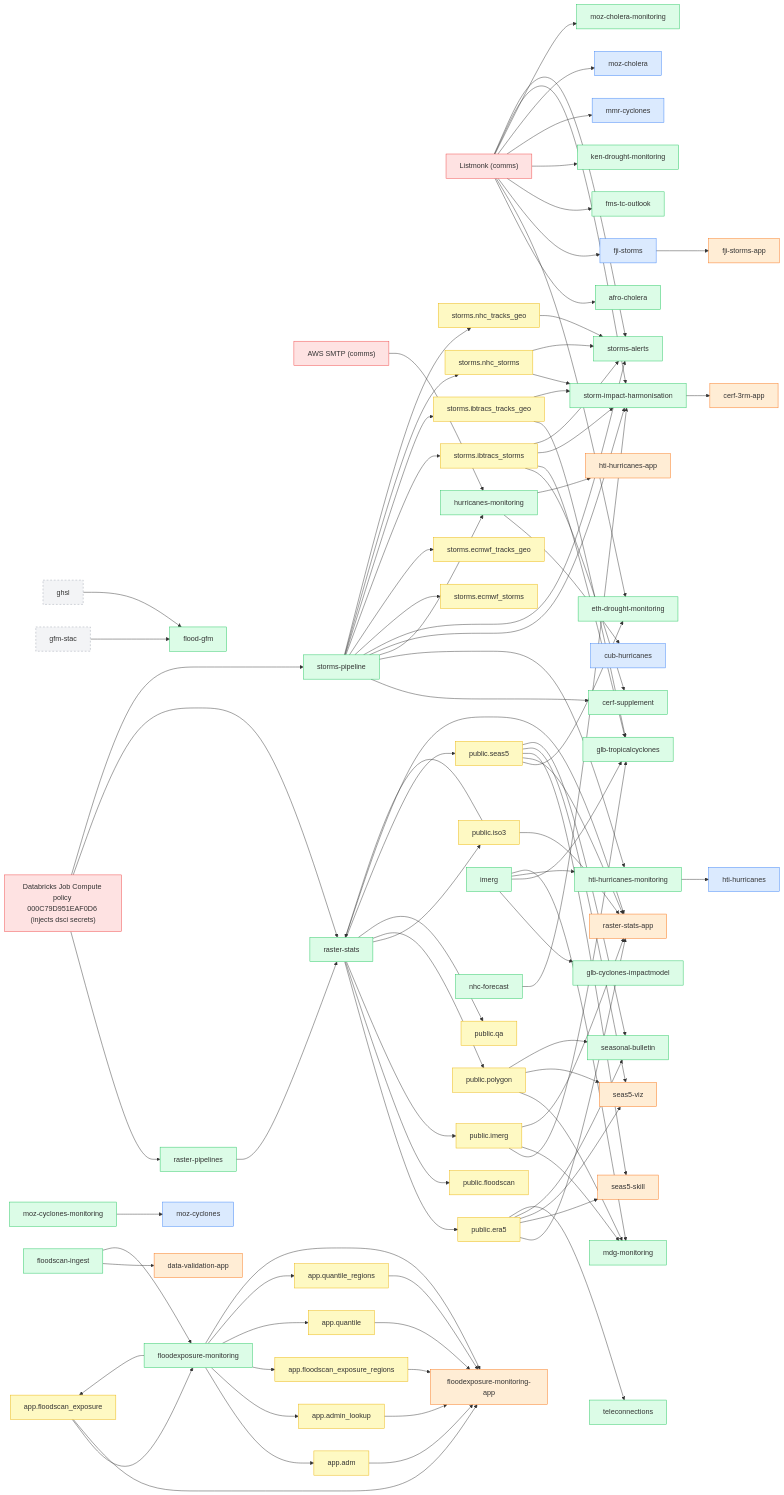
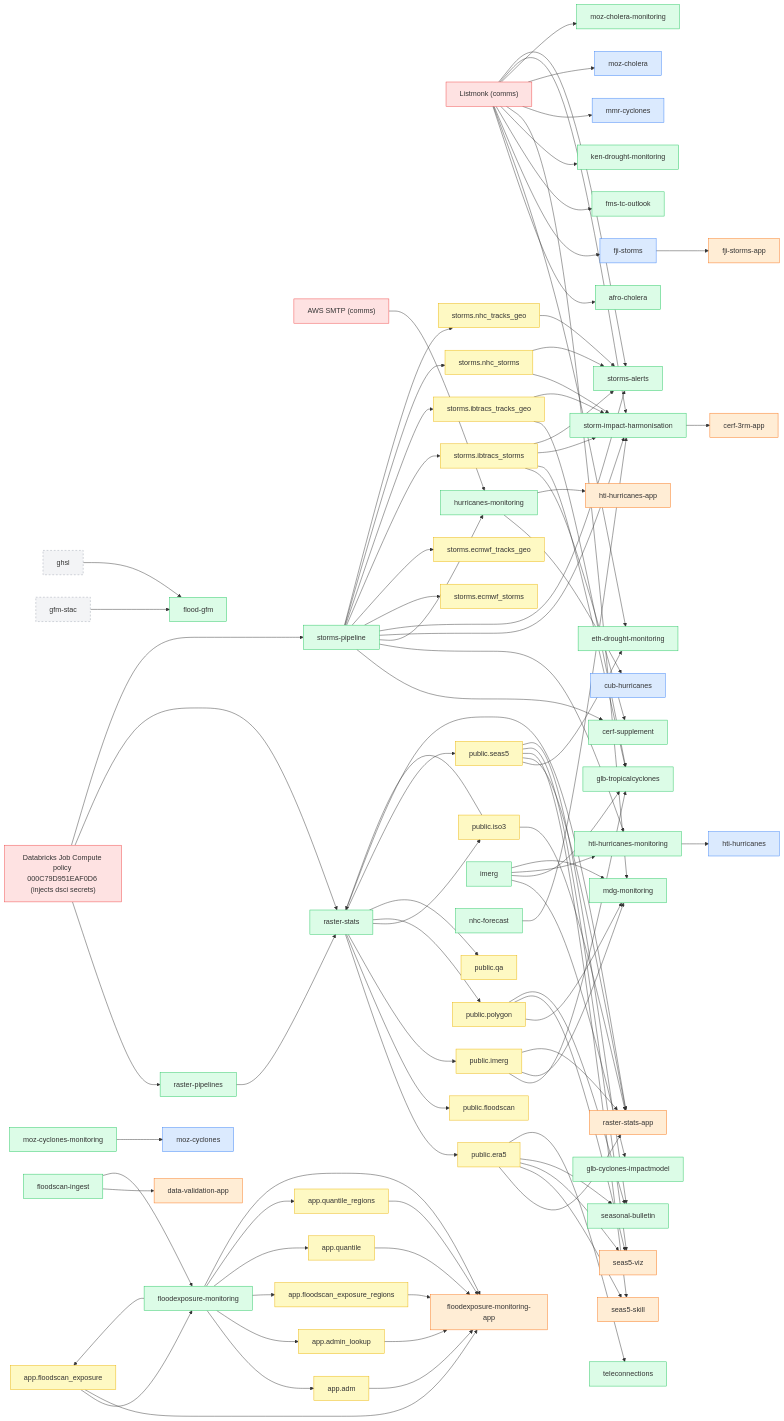
The diagram in infrastructure/dependency-graph.md (OCHA-DAP/ds-knowledge-base), drawn with Mermaid before and after one commit. The commit also changed other lines of this file and 5 other files, not shown here.

````diff
--- a/infrastructure/dependency-graph.md
+++ b/infrastructure/dependency-graph.md
@@ -150,6 +150,7 @@
   n_storms_pipeline --> n_hurricanes_monitoring
   n_listmonk --> n_ken_drought_monitoring
   n_imerg --> n_mdg_monitoring
+  n_listmonk --> n_mdg_monitoring
   n_public_imerg --> n_mdg_monitoring
   n_public_polygon --> n_mdg_monitoring
   n_listmonk --> n_mmr_cyclones
@@ -206,10 +207,10 @@
   classDef analysis fill:#ede9fe,stroke:#8b5cf6;
   classDef table fill:#fef9c3,stroke:#eab308;
   classDef external fill:#f3f4f6,stroke:#9ca3af,stroke-dasharray:4;
-  class n_cub_hurricanes,n_fji_storms,n_mmr_cyclones,n_hti_hurricanes,n_moz_cyclones,n_moz_cholera framework;
-  class n_floodscan_ingest,n_flood_gfm,n_hurricanes_monitoring,n_nhc_forecast,n_storm_impact_harmonisation,n_ken_drought_monitoring,n_floodexposure_monitoring,n_glb_tropicalcyclones,n_moz_cyclones_monitoring,n_teleconnections,n_raster_pipelines,n_hti_hurricanes_monitoring,n_fms_tc_outlook,n_mdg_monitoring,n_storms_alerts,n_imerg,n_cerf_supplement,n_afro_cholera,n_glb_cyclones_impactmodel,n_moz_cholera_monitoring,n_storms_pipeline,n_eth_drought_monitoring,n_seasonal_bulletin,n_raster_stats pipeline;
-  class n_fji_storms_app,n_seas5_viz,n_data_validation_app,n_cerf_3rm_app,n_seas5_skill,n_floodexposure_monitoring_app,n_raster_stats_app,n_hti_hurricanes_app app;
-  class n_public_qa,n_storms_ecmwf_tracks_geo,n_storms_ibtracs_storms,n_public_floodscan,n_public_iso3,n_storms_nhc_storms,n_app_quantile,n_storms_ibtracs_tracks_geo,n_public_era5,n_app_adm,n_app_admin_lookup,n_storms_nhc_tracks_geo,n_app_quantile_regions,n_app_floodscan_exposure,n_public_imerg,n_public_polygon,n_app_floodscan_exposure_regions,n_public_seas5,n_storms_ecmwf_storms table;
+  class n_moz_cyclones,n_moz_cholera,n_mmr_cyclones,n_fji_storms,n_cub_hurricanes,n_hti_hurricanes framework;
+  class n_hurricanes_monitoring,n_moz_cholera_monitoring,n_imerg,n_cerf_supplement,n_eth_drought_monitoring,n_hti_hurricanes_monitoring,n_fms_tc_outlook,n_mdg_monitoring,n_ken_drought_monitoring,n_moz_cyclones_monitoring,n_raster_stats,n_glb_cyclones_impactmodel,n_storm_impact_harmonisation,n_raster_pipelines,n_glb_tropicalcyclones,n_flood_gfm,n_storms_alerts,n_floodexposure_monitoring,n_seasonal_bulletin,n_nhc_forecast,n_teleconnections,n_afro_cholera,n_floodscan_ingest,n_storms_pipeline pipeline;
+  class n_seas5_skill,n_cerf_3rm_app,n_floodexposure_monitoring_app,n_raster_stats_app,n_fji_storms_app,n_seas5_viz,n_hti_hurricanes_app,n_data_validation_app app;
+  class n_app_floodscan_exposure,n_public_floodscan,n_storms_ecmwf_storms,n_app_floodscan_exposure_regions,n_public_polygon,n_storms_ecmwf_tracks_geo,n_public_qa,n_app_quantile,n_storms_nhc_tracks_geo,n_public_imerg,n_public_seas5,n_storms_ibtracs_tracks_geo,n_app_quantile_regions,n_storms_nhc_storms,n_public_era5,n_public_iso3,n_app_adm,n_storms_ibtracs_storms,n_app_admin_lookup table;
   class n_dbx_job_compute,n_aws_smtp,n_listmonk infra;
   class n_gfm_stac,n_ghsl external;
 ```
````
